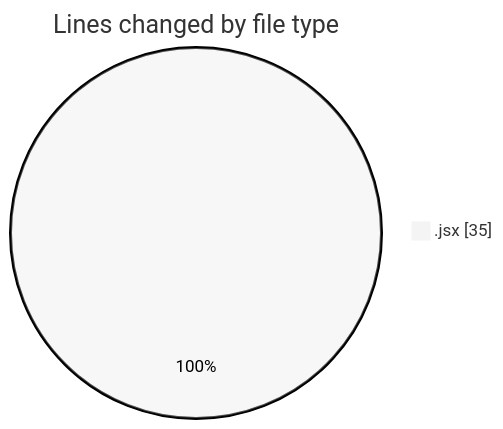
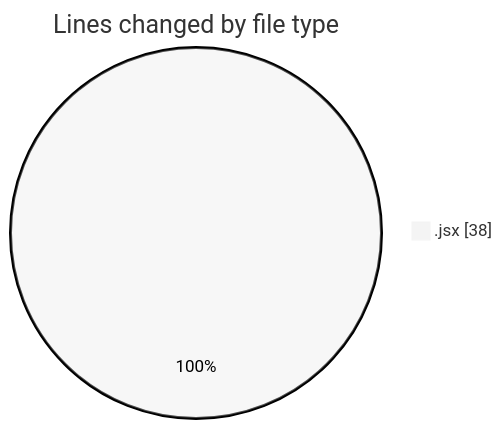
The first of 2 diagrams in 2025-02-05/react_ecom/README.md (Elitesun/code-tracking), drawn with Mermaid (neutral theme) before and after one commit. The commit also changed other lines of this file and 1 other file, not shown here.

````diff
--- a/2025-02-05/react_ecom/README.md
+++ b/2025-02-05/react_ecom/README.md
@@ -22,5 +22,5 @@
 ```mermaid
 pie showData
 title Lines changed by file type
-".jsx" : 35
+".jsx" : 38
 ```
````
